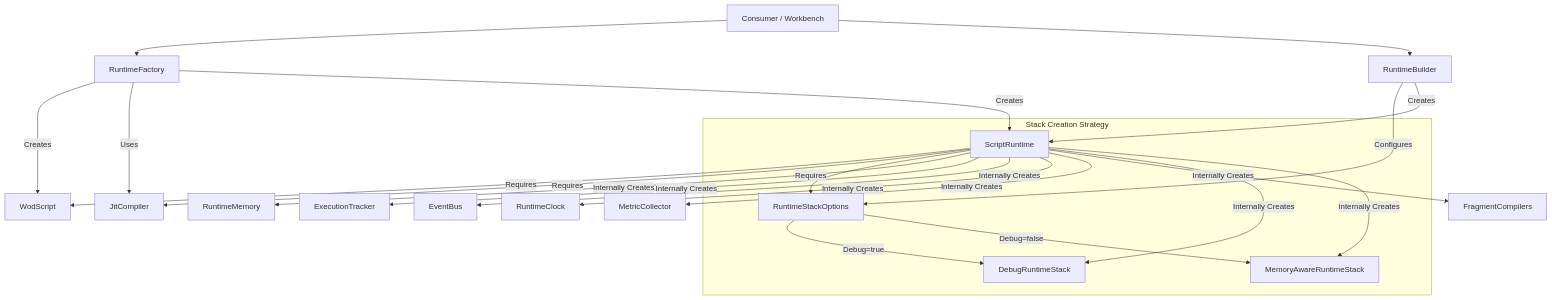
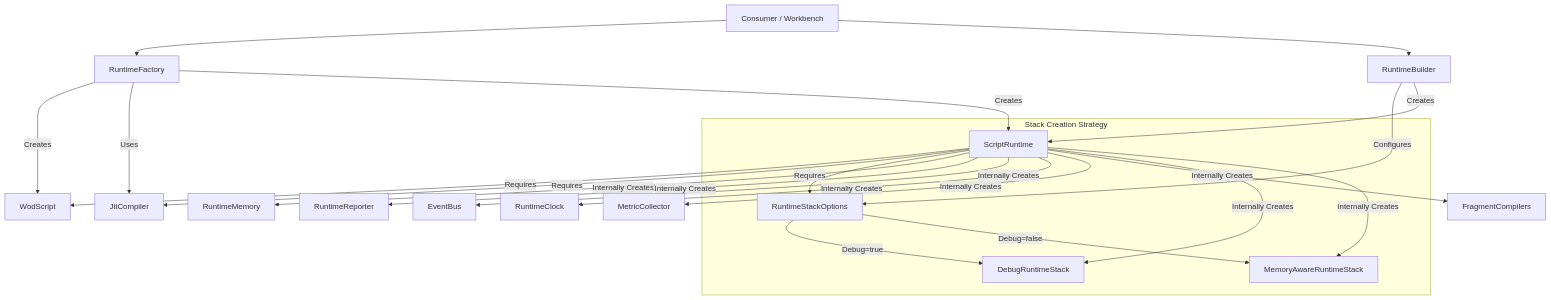
The diagram in docs/runtime-dependency-chain.md (SergeiGolos/wod-wiki), drawn with Mermaid before and after one commit. The commit also changed other lines of this file and 27 other files, not shown here.

Commit message:
feat: Introduce ScriptRuntime and ExecutionTracker, including comprehensive documentation and consistent fragment visualization.

````diff
--- a/docs/runtime-dependency-chain.md
+++ b/docs/runtime-dependency-chain.md
@@ -9,30 +9,30 @@
 ```mermaid
 graph TD
     User[Consumer / Workbench] --> Factory[RuntimeFactory]
     User --> Builder[RuntimeBuilder]
     
     Factory -->|Creates| Script[WodScript]
     Factory -->|Uses| JIT[JitCompiler]
     Factory -->|Creates| Runtime[ScriptRuntime]
     
     Builder -->|Configures| Options[RuntimeStackOptions]
     Builder -->|Creates| Runtime
     
     Runtime -->|Requires| Script
     Runtime -->|Requires| JIT
     Runtime -->|Requires| Options
     
     Runtime -->|Internally Creates| Memory[RuntimeMemory]
-    Runtime -->|Internally Creates| Tracker[ExecutionTracker]
+    Runtime -->|Internally Creates| Tracker[RuntimeReporter]
     Runtime -->|Internally Creates| EventBus[EventBus]
     Runtime -->|Internally Creates| Clock[RuntimeClock]
     Runtime -->|Internally Creates| Metrics[MetricCollector]
     Runtime -->|Internally Creates| Fragments[FragmentCompilers]
     
     subgraph "Stack Creation Strategy"
         Options -->|Debug=true| DebugStack[DebugRuntimeStack]
         Options -->|Debug=false| MemStack[MemoryAwareRuntimeStack]
         Runtime -->|Internally Creates| DebugStack
         Runtime -->|Internally Creates| MemStack
     end
 ```
````
